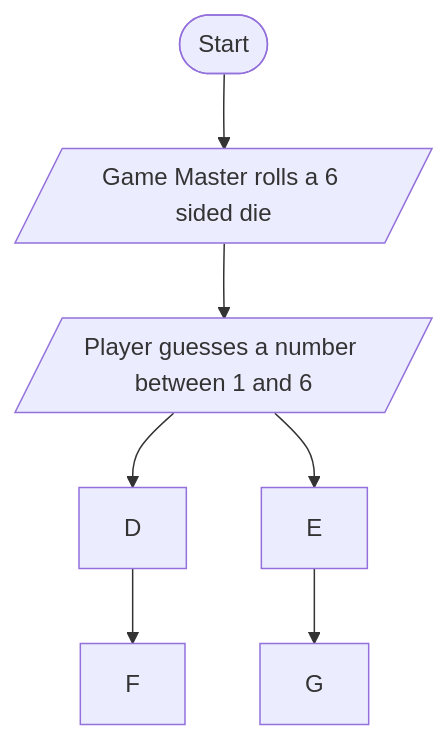
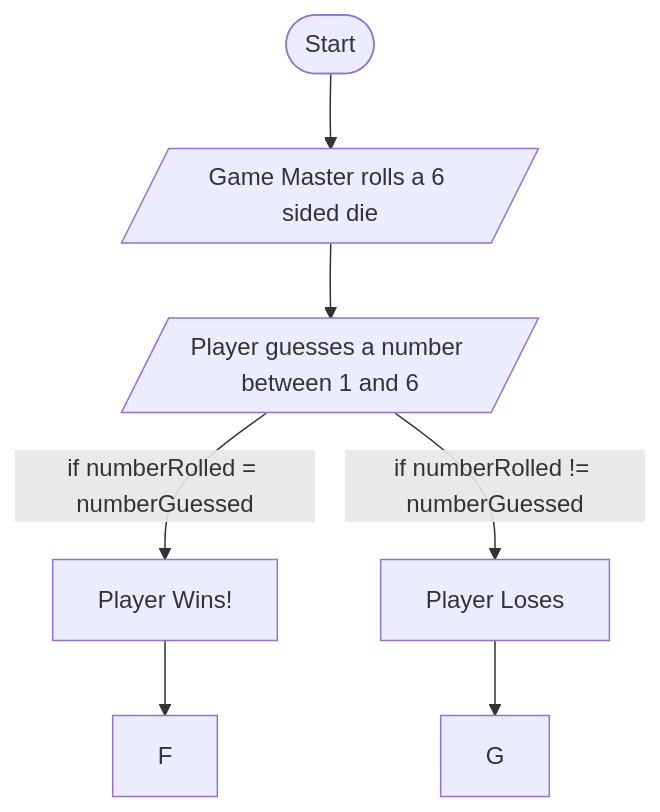
The diagram in Guessing.md (caelliott2552/caelliott2552.github.io), drawn with Mermaid before and after one commit.

Commit message:
Update Guessing.md
Updated some shapes, and expanded upon the logic of the game.

````diff
--- a/Guessing.md
+++ b/Guessing.md
@@ -1,9 +1,9 @@
 ```mermaid
 graph TD;
-    A([Start])-->B[/Game Master rolls a 6 sided die/];
+    A([Start])-->B[Game Master rolls a 6 sided die];
     B[/Game Master rolls a 6 sided die/]-->C[/Player guesses a number between 1 and 6/];
-    C[/Player guesses a number between 1 and 6/]-->D;
-    C-->E;
+    C[/Player guesses a number between 1 and 6/]-- if numberRolled = numberGuessed -->D[Player Wins!];
+    C[/Player guesses a number between 1 and 6/]-- if numberRolled != numberGuessed -->E[Player Loses];
     D-->F;
     E-->G;
 ```
````
